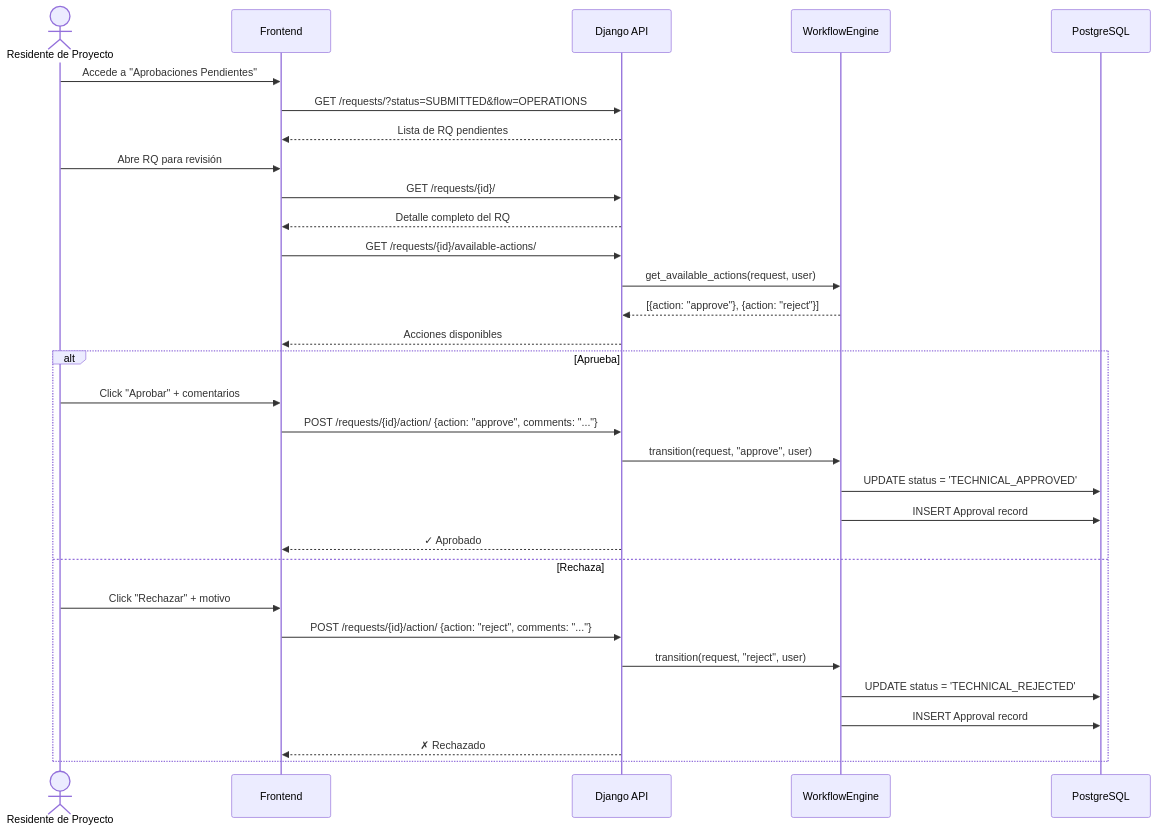
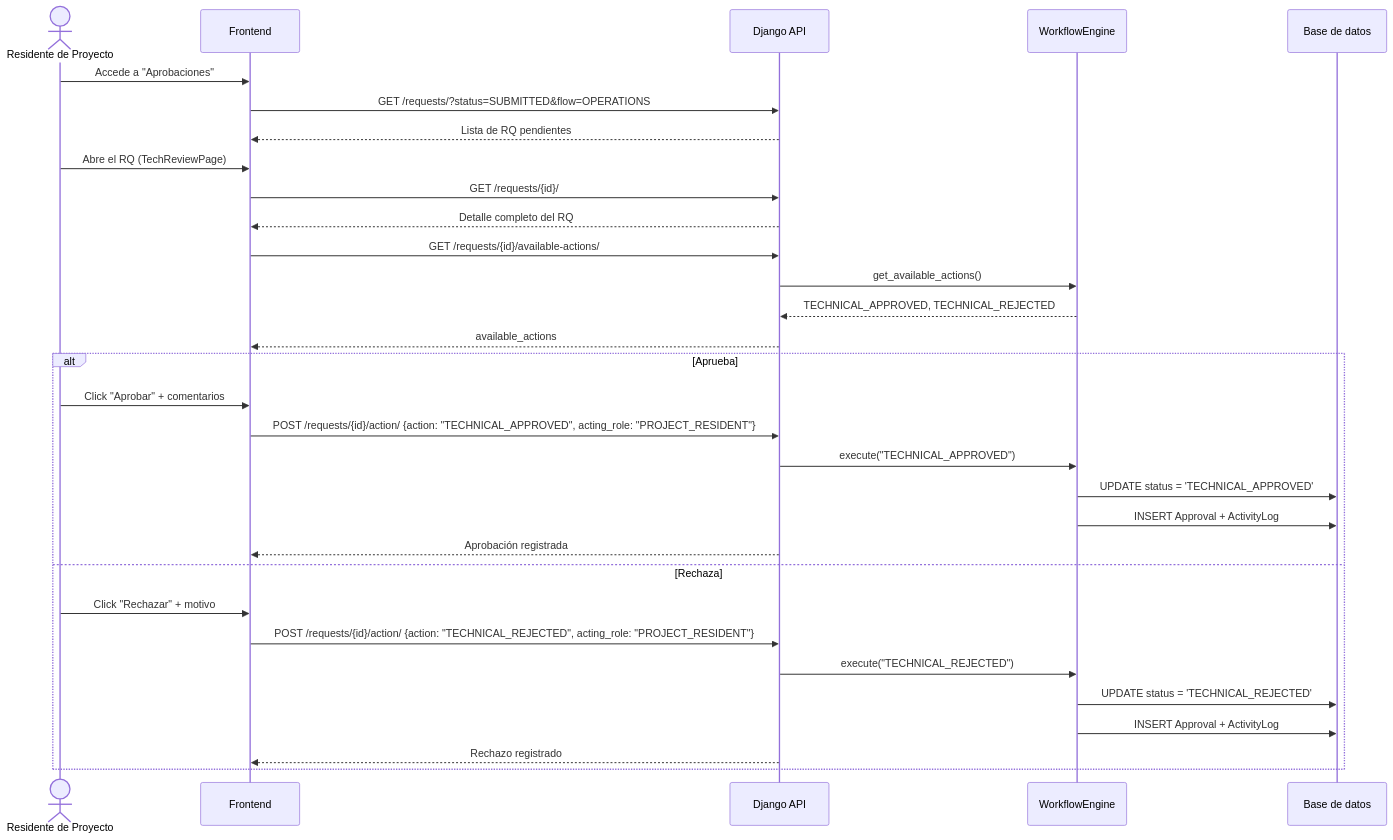
Before and after one commit to pccpegit/SYSPCCLOG: the fifth of 25 diagrams in docs/01_Casos_de_Uso.md, drawn with Mermaid. The commit also changed other lines of this file and 42 other files, not shown here.

````diff
--- a/docs/01_Casos_de_Uso.md
+++ b/docs/01_Casos_de_Uso.md
@@ -260,36 +319,36 @@
 ```mermaid
 sequenceDiagram
     actor PR as Residente de Proyecto
     participant UI as Frontend
     participant API as Django API
     participant WF as WorkflowEngine
-    participant DB as PostgreSQL
+    participant DB as Base de datos
 
-    PR->>UI: Accede a "Aprobaciones Pendientes"
+    PR->>UI: Accede a "Aprobaciones"
     UI->>API: GET /requests/?status=SUBMITTED&flow=OPERATIONS
     API-->>UI: Lista de RQ pendientes
-    PR->>UI: Abre RQ para revisión
+    PR->>UI: Abre el RQ (TechReviewPage)
 
     UI->>API: GET /requests/{id}/
     API-->>UI: Detalle completo del RQ
     UI->>API: GET /requests/{id}/available-actions/
-    API->>WF: get_available_actions(request, user)
-    WF-->>API: [{action: "approve"}, {action: "reject"}]
-    API-->>UI: Acciones disponibles
+    API->>WF: get_available_actions()
+    WF-->>API: TECHNICAL_APPROVED, TECHNICAL_REJECTED
+    API-->>UI: available_actions
 
     alt Aprueba
         PR->>UI: Click "Aprobar" + comentarios
-        UI->>API: POST /requests/{id}/action/ {action: "approve", comments: "..."}
-        API->>WF: transition(request, "approve", user)
+        UI->>API: POST /requests/{id}/action/ {action: "TECHNICAL_APPROVED", acting_role: "PROJECT_RESIDENT"}
+        API->>WF: execute("TECHNICAL_APPROVED")
         WF->>DB: UPDATE status = 'TECHNICAL_APPROVED'
-        WF->>DB: INSERT Approval record
-        API-->>UI: ✓ Aprobado
+        WF->>DB: INSERT Approval + ActivityLog
+        API-->>UI: Aprobación registrada
     else Rechaza
         PR->>UI: Click "Rechazar" + motivo
-        UI->>API: POST /requests/{id}/action/ {action: "reject", comments: "..."}
-        API->>WF: transition(request, "reject", user)
+        UI->>API: POST /requests/{id}/action/ {action: "TECHNICAL_REJECTED", acting_role: "PROJECT_RESIDENT"}
+        API->>WF: execute("TECHNICAL_REJECTED")
         WF->>DB: UPDATE status = 'TECHNICAL_REJECTED'
-        WF->>DB: INSERT Approval record
-        API-->>UI: ✗ Rechazado
+        WF->>DB: INSERT Approval + ActivityLog
+        API-->>UI: Rechazo registrado
     end
 ```
````
